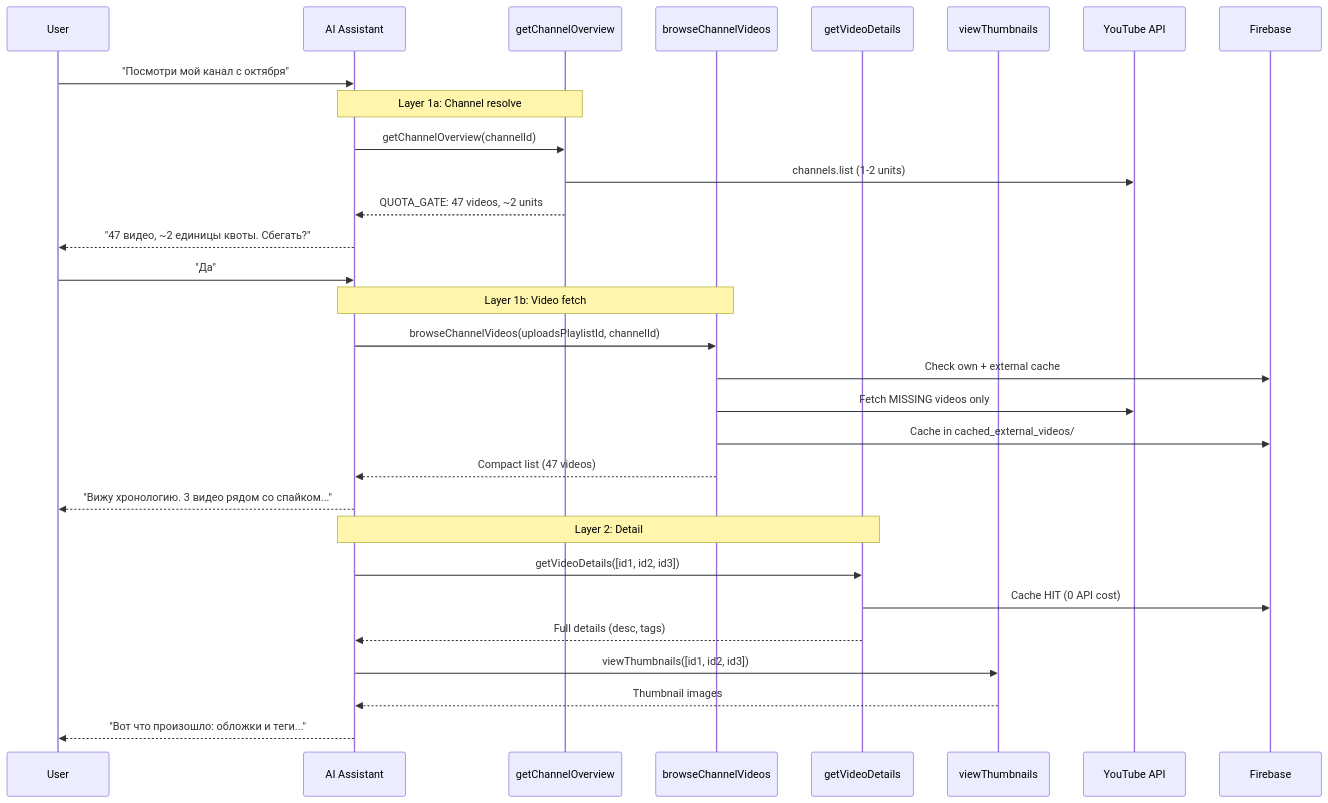
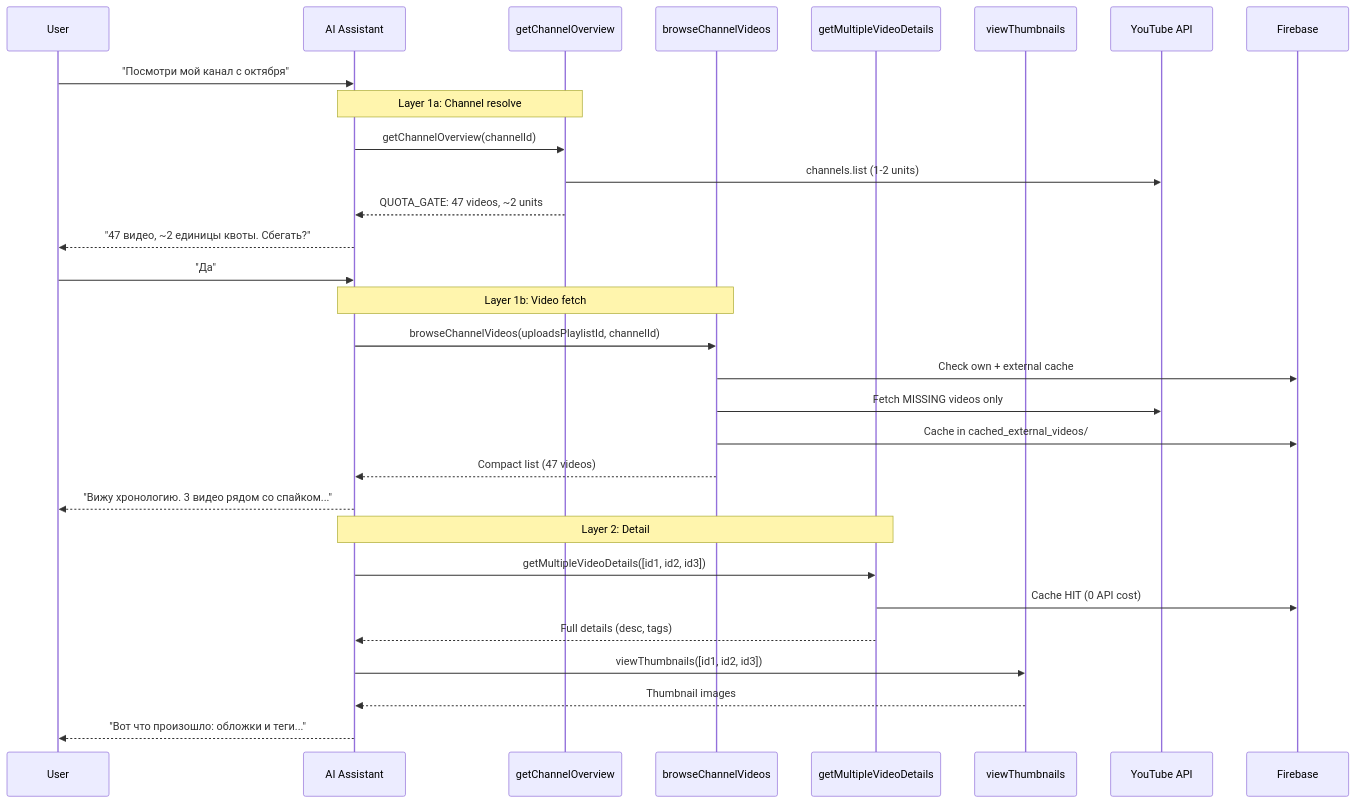
Before and after one commit to muramets/youtube-interface: the diagram in docs/features/chat/tools/README.md, drawn with Mermaid. The commit also changed other lines of this file and 13 other files, not shown here.

````diff
--- a/docs/features/chat/tools/README.md
+++ b/docs/features/chat/tools/README.md
@@ -94,36 +94,36 @@
 ```mermaid
 sequenceDiagram
     participant U as User
     participant LLM as AI Assistant
     participant GCO as getChannelOverview
     participant BCV as browseChannelVideos
-    participant GVD as getVideoDetails
+    participant GVD as getMultipleVideoDetails
     participant VT as viewThumbnails
     participant YT as YouTube API
     participant FB as Firebase
 
     U->>LLM: "Посмотри мой канал с октября"
 
     Note over LLM,GCO: Layer 1a: Channel resolve
     LLM->>GCO: getChannelOverview(channelId)
     GCO->>YT: channels.list (1-2 units)
     GCO-->>LLM: QUOTA_GATE: 47 videos, ~2 units
     LLM-->>U: "47 видео, ~2 единицы квоты. Сбегать?"
     U->>LLM: "Да"
 
     Note over LLM,BCV: Layer 1b: Video fetch
     LLM->>BCV: browseChannelVideos(uploadsPlaylistId, channelId)
     BCV->>FB: Check own + external cache
     BCV->>YT: Fetch MISSING videos only
     BCV->>FB: Cache in cached_external_videos/
     BCV-->>LLM: Compact list (47 videos)
     LLM-->>U: "Вижу хронологию. 3 видео рядом со спайком..."
 
     Note over LLM,GVD: Layer 2: Detail
-    LLM->>GVD: getVideoDetails([id1, id2, id3])
+    LLM->>GVD: getMultipleVideoDetails([id1, id2, id3])
     GVD->>FB: Cache HIT (0 API cost)
     GVD-->>LLM: Full details (desc, tags)
     LLM->>VT: viewThumbnails([id1, id2, id3])
     VT-->>LLM: Thumbnail images
     LLM-->>U: "Вот что произошло: обложки и теги..."
 ```
````
